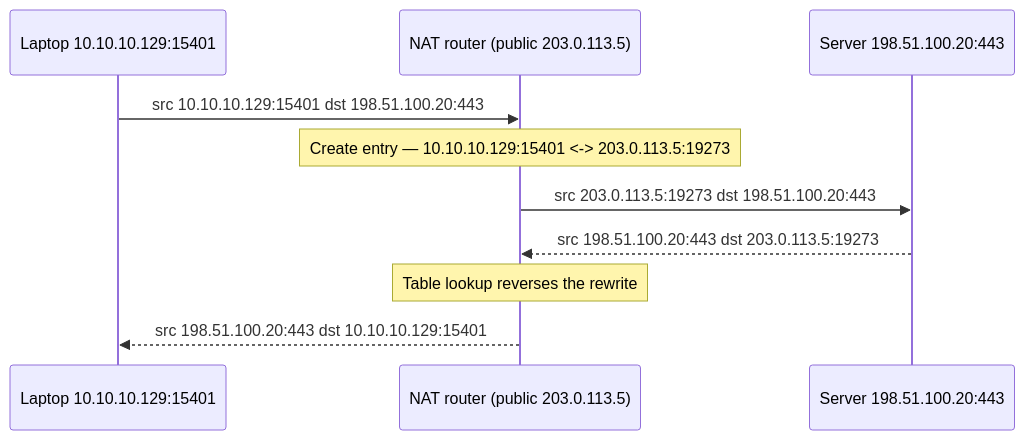
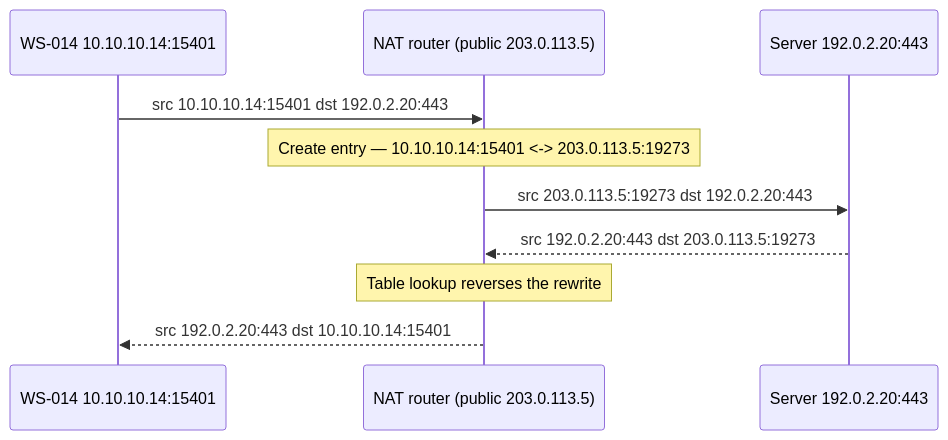
The diagram in Networking/Addressing & Subnetting/NAT & Address Translation.md (nnr-root/cybersec-crook2root-notes), drawn with Mermaid before and after one commit. The commit also changed other lines of this file and 1 other file, not shown here.

````diff
--- a/Networking/Addressing & Subnetting/NAT & Address Translation.md
+++ b/Networking/Addressing & Subnetting/NAT & Address Translation.md
@@ -34,12 +34,12 @@
 ```mermaid
 sequenceDiagram
-    participant L as Laptop 10.10.10.129:15401
+    participant L as WS-014 10.10.10.14:15401
     participant R as NAT router (public 203.0.113.5)
-    participant S as Server 198.51.100.20:443
-    L->>R: src 10.10.10.129:15401 dst 198.51.100.20:443
-    Note over R: Create entry — 10.10.10.129:15401 <-> 203.0.113.5:19273
-    R->>S: src 203.0.113.5:19273 dst 198.51.100.20:443
-    S-->>R: src 198.51.100.20:443 dst 203.0.113.5:19273
+    participant S as Server 192.0.2.20:443
+    L->>R: src 10.10.10.14:15401 dst 192.0.2.20:443
+    Note over R: Create entry — 10.10.10.14:15401 <-> 203.0.113.5:19273
+    R->>S: src 203.0.113.5:19273 dst 192.0.2.20:443
+    S-->>R: src 192.0.2.20:443 dst 203.0.113.5:19273
     Note over R: Table lookup reverses the rewrite
-    R-->>L: src 198.51.100.20:443 dst 10.10.10.129:15401
+    R-->>L: src 192.0.2.20:443 dst 10.10.10.14:15401
 ```
````
